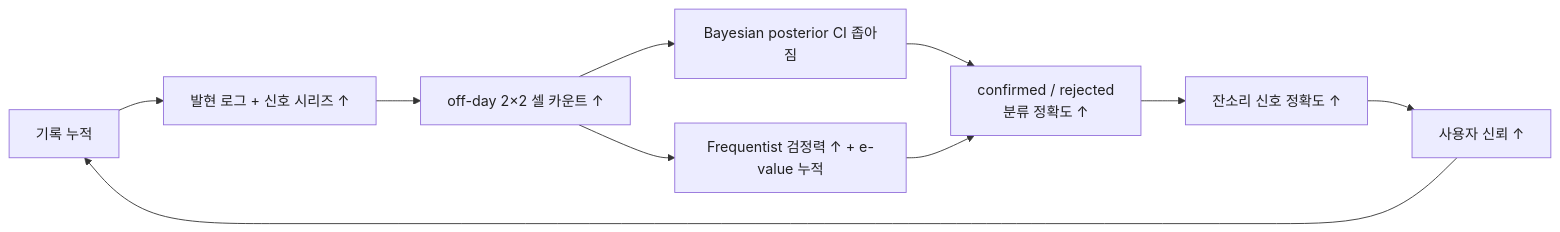
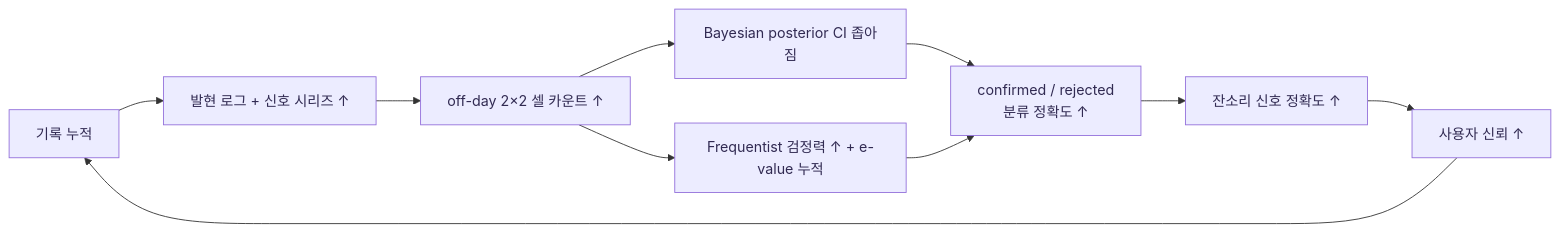
One commit to hyewon3938/slack-ai-agents changed the eighth of 8 diagrams in docs/explainers/insight-v2.md. Above: the diagram before and after it, drawn with Mermaid. The commit also changed other lines of this file, not shown here.

````diff
--- a/docs/explainers/insight-v2.md
+++ b/docs/explainers/insight-v2.md
@@ -456,15 +457,15 @@
 ```mermaid
 flowchart LR
   A["기록 누적"] --> B["발현 로그 + 신호 시리즈 ↑"]
   B --> C["off-day 2×2 셀 카운트 ↑"]
   C --> D["Bayesian posterior CI 좁아짐"]
   C --> E["Frequentist 검정력 ↑ + e-value 누적"]
   D --> F["confirmed / rejected<br/>분류 정확도 ↑"]
   E --> F
   F --> G["잔소리 신호 정확도 ↑"]
   G --> H["사용자 신뢰 ↑"]
   H --> A
 
-  classDef flowBox fill:#ECECFF,stroke:#9370DB,color:#212121
+  classDef flowBox fill:#ECECFF,stroke:#9370DB,color:#312A52
   class A,B,C,D,E,F,G,H flowBox
 ```
````
